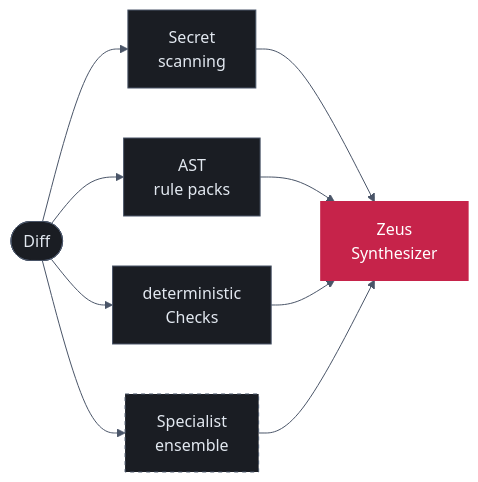
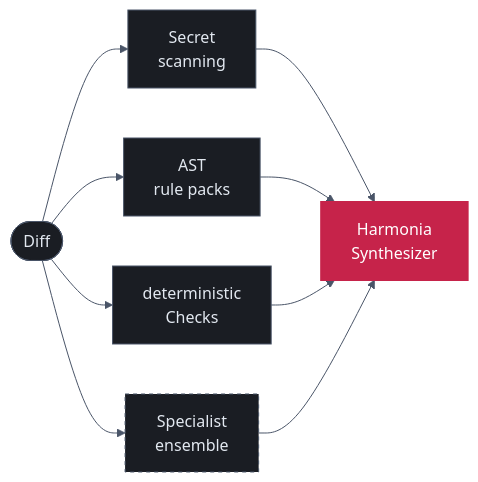
One commit to Arc-and-Anchor/sigilix-docs changed the diagram in how-it-works/deterministic-checks.mdx. Above: the diagram before and after it, drawn with Mermaid. The commit also changed other lines of this file and 36 other files, not shown here.

````diff
--- a/how-it-works/deterministic-checks.mdx
+++ b/how-it-works/deterministic-checks.mdx
@@ -22,32 +22,32 @@
 ```mermaid
 %%{init: {
   'theme': 'base',
   'themeVariables': {
     'primaryColor': '#1A1D23',
     'primaryTextColor': '#E2E8F0',
     'primaryBorderColor': '#4A5568',
     'lineColor': '#4A5568',
     'fontFamily': 'ui-monospace, SFMono-Regular, Menlo, Monaco, Consolas, monospace'
   }
 } }%%
 flowchart LR
     diff([Diff])
     sec["Secret<br/>scanning"]
     ast["AST<br/>rule packs"]
     det["deterministic<br/>Checks"]
     ensemble["Specialist<br/>ensemble"]
-    zeus["Zeus<br/>Synthesizer"]
+    zeus["Harmonia<br/>Synthesizer"]
 
     diff --> sec --> zeus
     diff --> ast --> zeus
     diff --> det --> zeus
     diff --> ensemble --> zeus
 
     classDef pre fill:#1A1D23,stroke:#4A5568,color:#E2E8F0,stroke-width:1px
     classDef llm fill:#1A1D23,stroke:#4A5568,color:#E2E8F0,stroke-width:1px,stroke-dasharray: 4 4
     classDef zeusStyle fill:#C6234A,stroke:#C6234A,color:#FFFFFF,stroke-width:2px
 
     class sec,ast,det pre
     class ensemble llm
     class zeus zeusStyle
 ```
````
